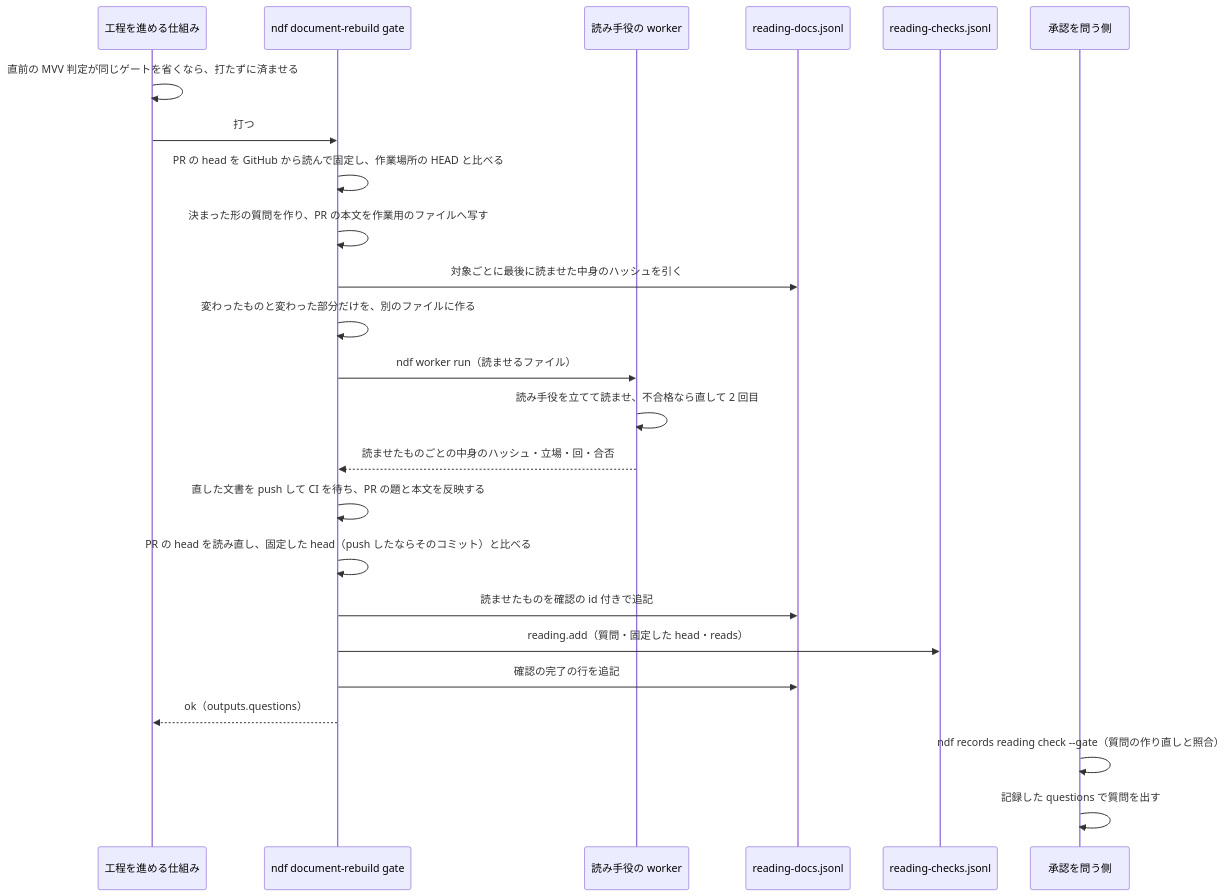
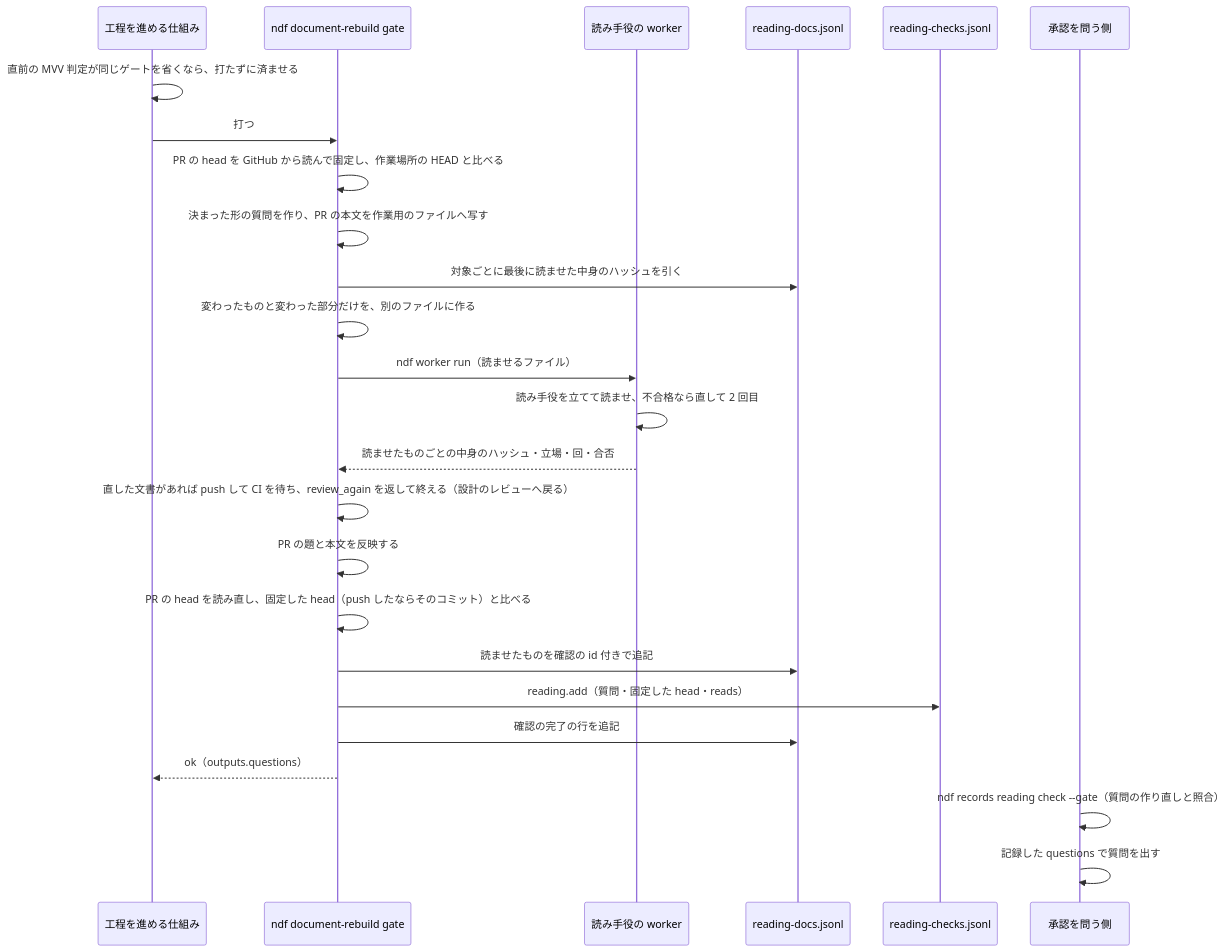
The fourth of 4 diagrams in issues/issue-4446-design.md (devbasex/ai-plugins), drawn with Mermaid before and after one commit. The commit also changed other lines of this file, not shown here.

````diff
--- a/issues/issue-4446-design.md
+++ b/issues/issue-4446-design.md
@@ -247,26 +248,27 @@
 ```mermaid
 sequenceDiagram
   participant P as 工程を進める仕組み
   participant G as ndf document-rebuild gate
   participant W as 読み手役の worker
   participant B as reading-docs.jsonl
   participant L as reading-checks.jsonl
   participant C as 承認を問う側
   P->>P: 直前の MVV 判定が同じゲートを省くなら、打たずに済ませる
   P->>G: 打つ
   G->>G: PR の head を GitHub から読んで固定し、作業場所の HEAD と比べる
   G->>G: 決まった形の質問を作り、PR の本文を作業用のファイルへ写す
   G->>B: 対象ごとに最後に読ませた中身のハッシュを引く
   G->>G: 変わったものと変わった部分だけを、別のファイルに作る
   G->>W: ndf worker run（読ませるファイル）
   W->>W: 読み手役を立てて読ませ、不合格なら直して 2 回目
   W-->>G: 読ませたものごとの中身のハッシュ・立場・回・合否
-  G->>G: 直した文書を push して CI を待ち、PR の題と本文を反映する
+  G->>G: 直した文書があれば push して CI を待ち、review_again を返して終える（設計のレビューへ戻る）
+  G->>G: PR の題と本文を反映する
   G->>G: PR の head を読み直し、固定した head（push したならそのコミット）と比べる
   G->>B: 読ませたものを確認の id 付きで追記
   G->>L: reading.add（質問・固定した head・reads）
   G->>B: 確認の完了の行を追記
   G-->>P: ok（outputs.questions）
   C->>C: ndf records reading check --gate（質問の作り直しと照合）
   C->>C: 記録した questions で質問を出す
 ```
````
